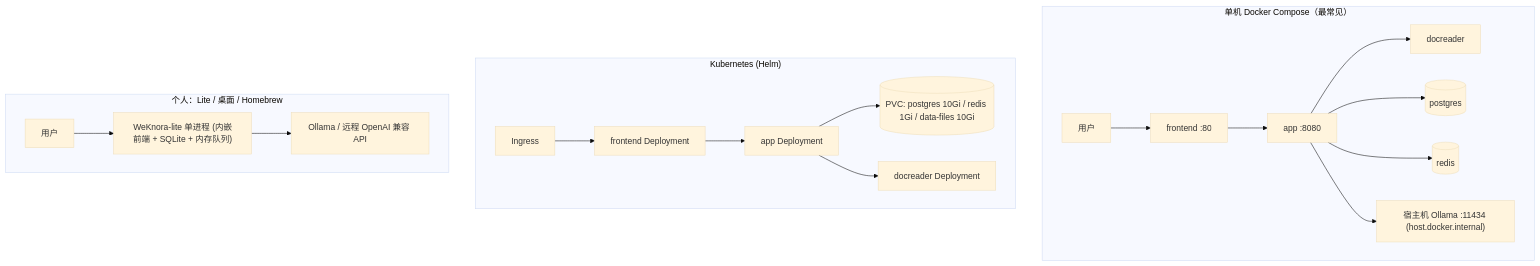
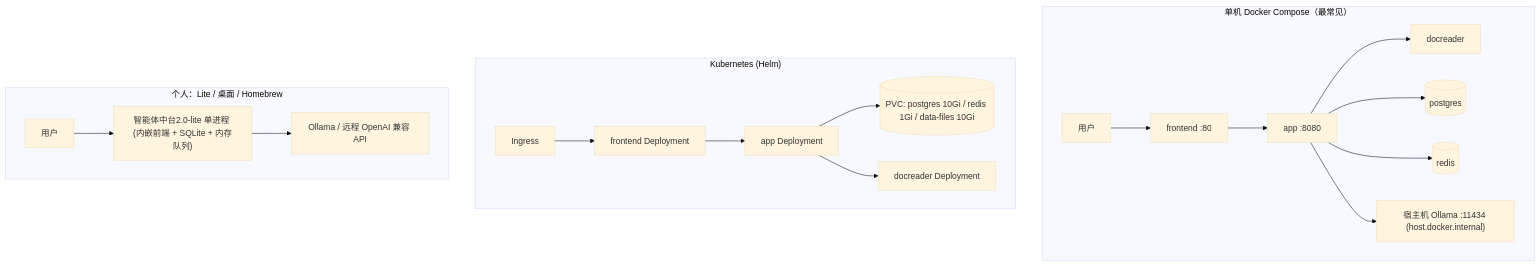
Before and after one commit to qinlei131479/WeKnora: the second of 2 diagrams in apps/docs/01-getting-started/02-installation.md, drawn with Mermaid (base theme). The commit also changed other lines of this file and 47 other files, not shown here.

````diff
--- a/apps/docs/01-getting-started/02-installation.md
+++ b/apps/docs/01-getting-started/02-installation.md
@@ -278,22 +279,22 @@
 ```mermaid
 flowchart TB
     subgraph host["单机 Docker Compose（最常见）"]
         direction LR
         U1["用户"] --> N1["frontend :80"] --> A1["app :8080"]
         A1 --> D1["docreader"]
         A1 --> P1[("postgres")]
         A1 --> R1[("redis")]
         A1 --> O1["宿主机 Ollama :11434 (host.docker.internal)"]
     end
     subgraph k8s["Kubernetes (Helm)"]
         direction LR
         ING["Ingress"] --> FE2["frontend Deployment"] --> A2["app Deployment"]
         A2 --> PVC1[("PVC: postgres 10Gi / redis 1Gi / data-files 10Gi")]
         A2 --> D2["docreader Deployment"]
     end
     subgraph laptop["个人：Lite / 桌面 / Homebrew"]
         direction LR
-        U3["用户"] --> L1["WeKnora-lite 单进程 (内嵌前端 + SQLite + 内存队列)"]
+        U3["用户"] --> L1["智能体中台2.0-lite 单进程 (内嵌前端 + SQLite + 内存队列)"]
         L1 --> O3["Ollama / 远程 OpenAI 兼容 API"]
     end
 ```
````
